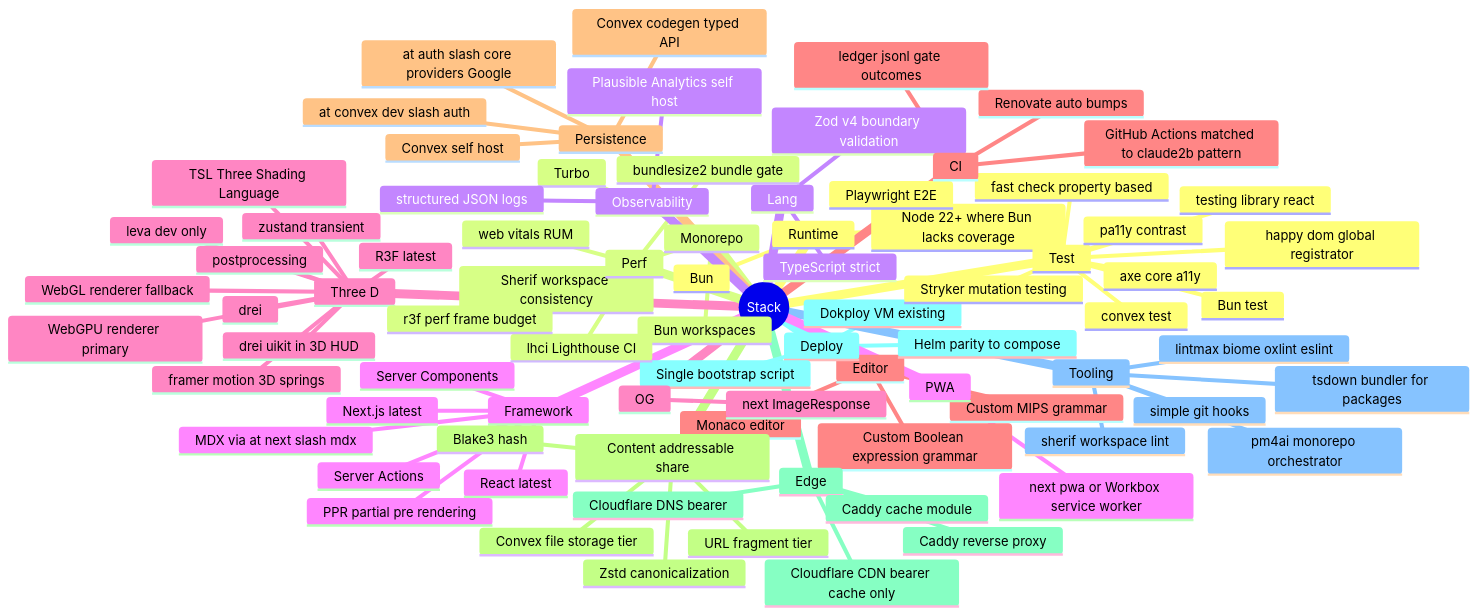
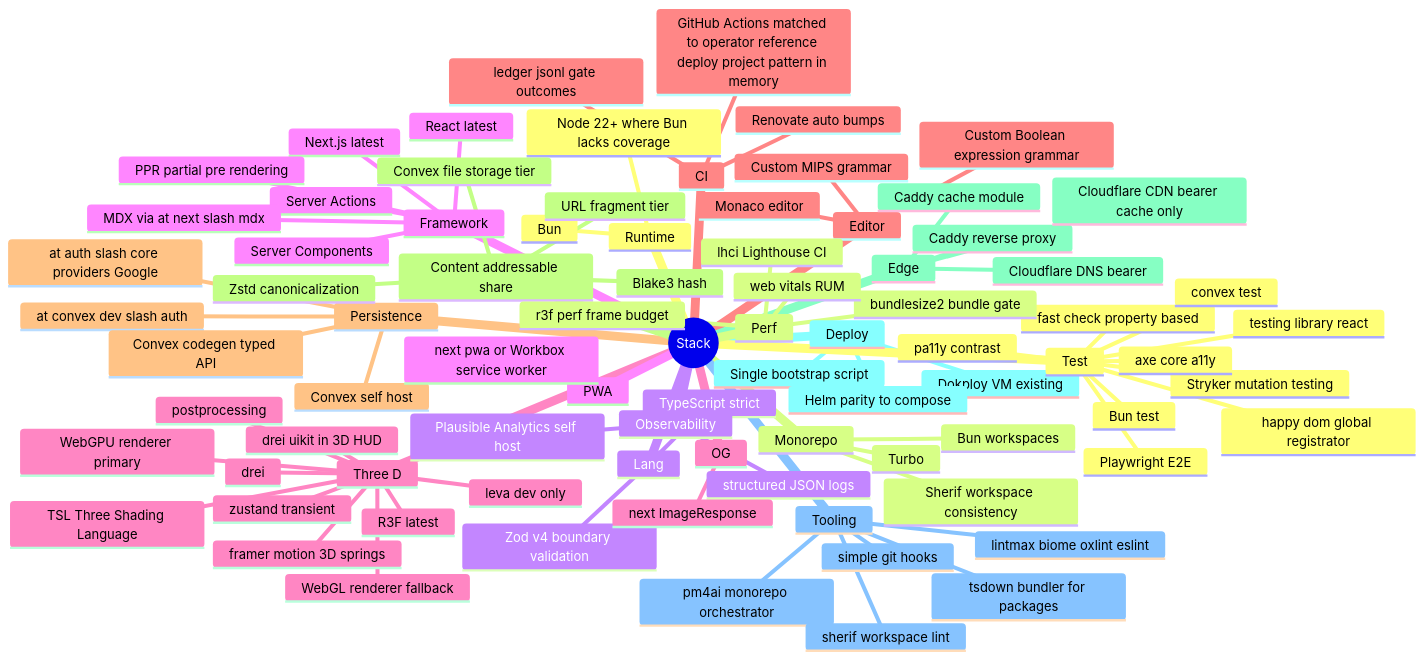
Before and after one commit to 1qh/simdocs: the diagram in STACK.md, drawn with Mermaid. The commit also changed other lines of this file and 15 other files, not shown here.

First line of the commit message:
docs: strip operator-local paths and project names from tracked docs

````diff
--- a/STACK.md
+++ b/STACK.md
@@ -87,7 +87,7 @@
     OG
       next ImageResponse
     CI
-      GitHub Actions matched to claude2b pattern
+      GitHub Actions matched to operator reference deploy project pattern in memory
       Renovate auto bumps
       ledger jsonl gate outcomes
 ```
````
